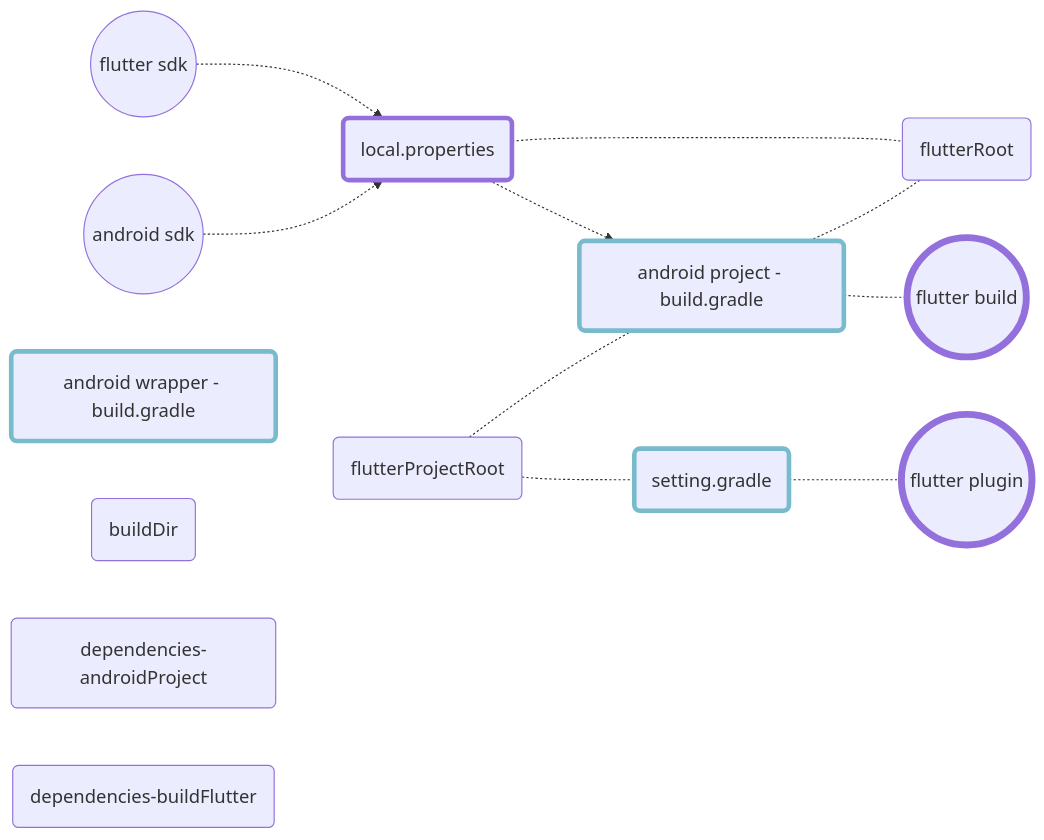
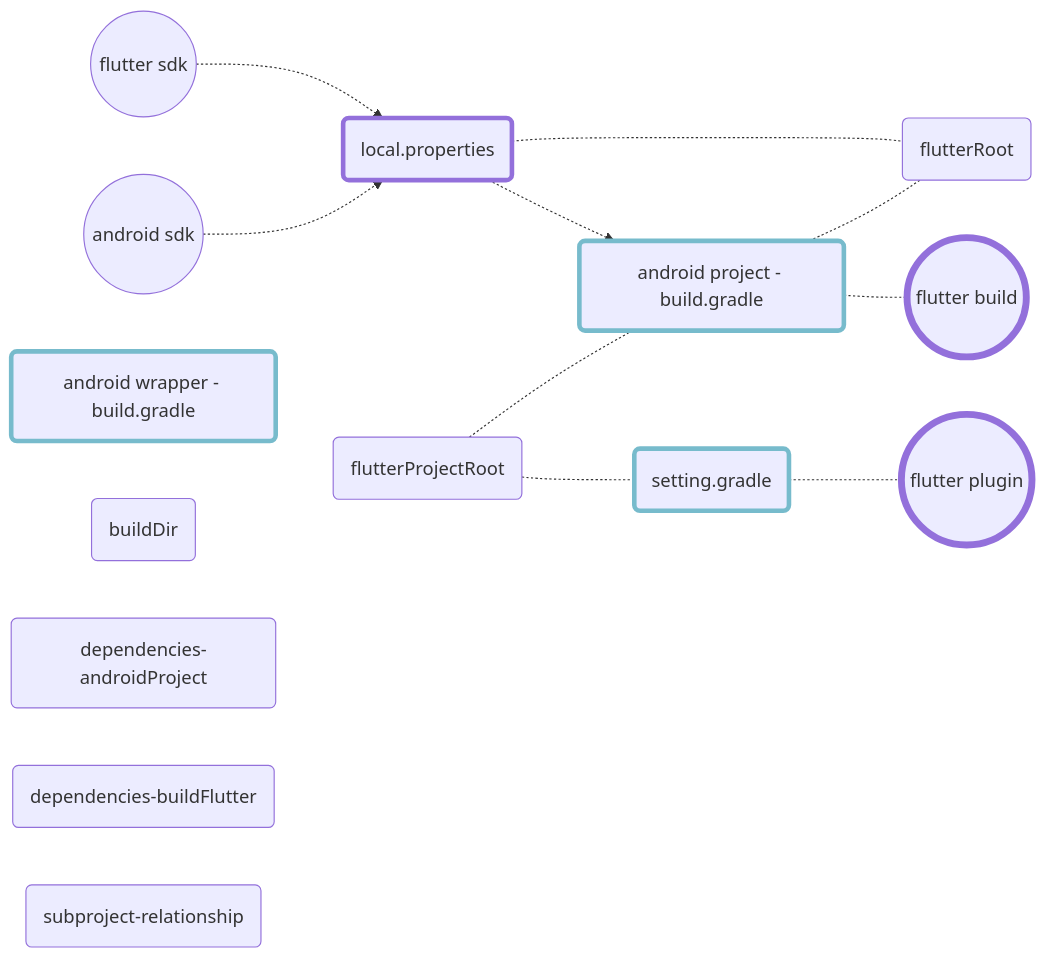
The second of 3 diagrams in flutter/addAndroidProjIntoFlutter.md (gordianknotC/nxp_note), drawn with Mermaid before and after one commit. The commit also changed other lines of this file, not shown here.

Commit message:
flutter/addAndroidProjIntoFlutter.md updated from https://stackedit.io/

````diff
--- a/flutter/addAndroidProjIntoFlutter.md
+++ b/flutter/addAndroidProjIntoFlutter.md
@@ -241,35 +241,39 @@
 ```mermaid
 graph LR
 	fdk((flutter sdk))
 	adk((android sdk))
 	
 	fbuild((flutter build))
 	fpgn((flutter plugin))
+	style fbuild stroke-width:6px   
+	style fpgn stroke-width:6px 
+	
 	loc(local.properties)
 	style loc stroke-width:4px   
-	style fbuild stroke-width:6px   
-	style fpgn stroke-width:6px 
 	
 	set(setting.gradle)
 	b1(android wrapper - build.gradle)
 	b2(android project - build.gradle)
 	style b1 stroke-width:4px, stroke:#7bc
 	style b2 stroke-width:4px, stroke:#7bc
 	style set stroke-width:4px, stroke:#7bc
 
 	dfr(flutterRoot)
 	dfp(flutterProjectRoot)
 	dfb(buildDir)
+	
 	dandroid(dependencies-androidProject)
 	dflutter(dependencies-buildFlutter)
+	dsub(subproject-relationship)
+	
 	
 	fdk -.-> loc
 	adk -.-> loc
 	loc -.-> b2
 	loc -.- dfr
 	b2 -.- dfr
 	dfp -.- b2
 	dfp -.- set
 	set -.- fpgn
 	b2 -.- fbuild
 ```
````
